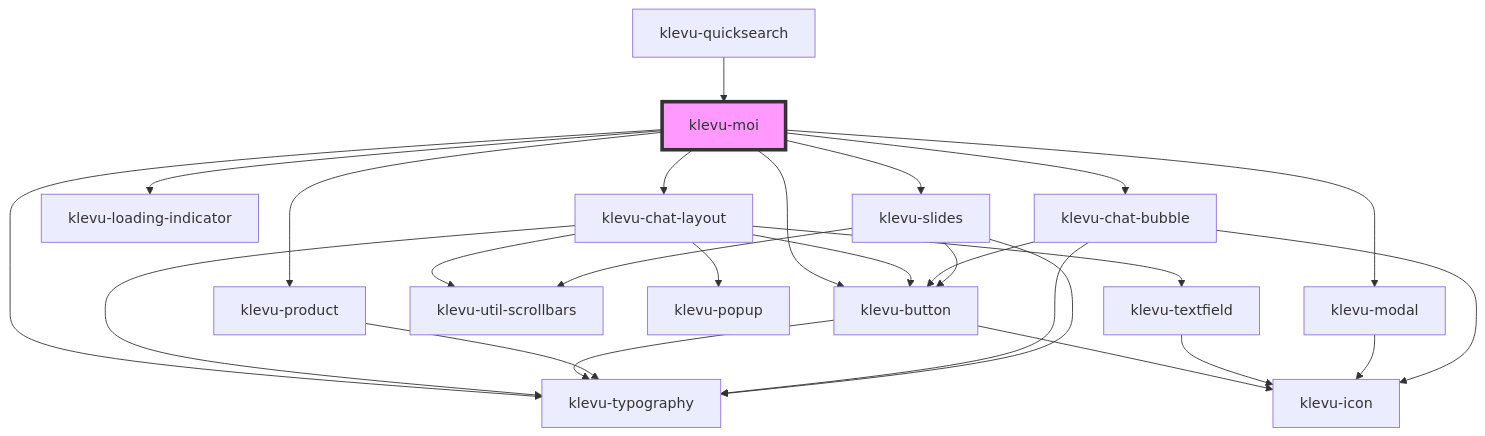
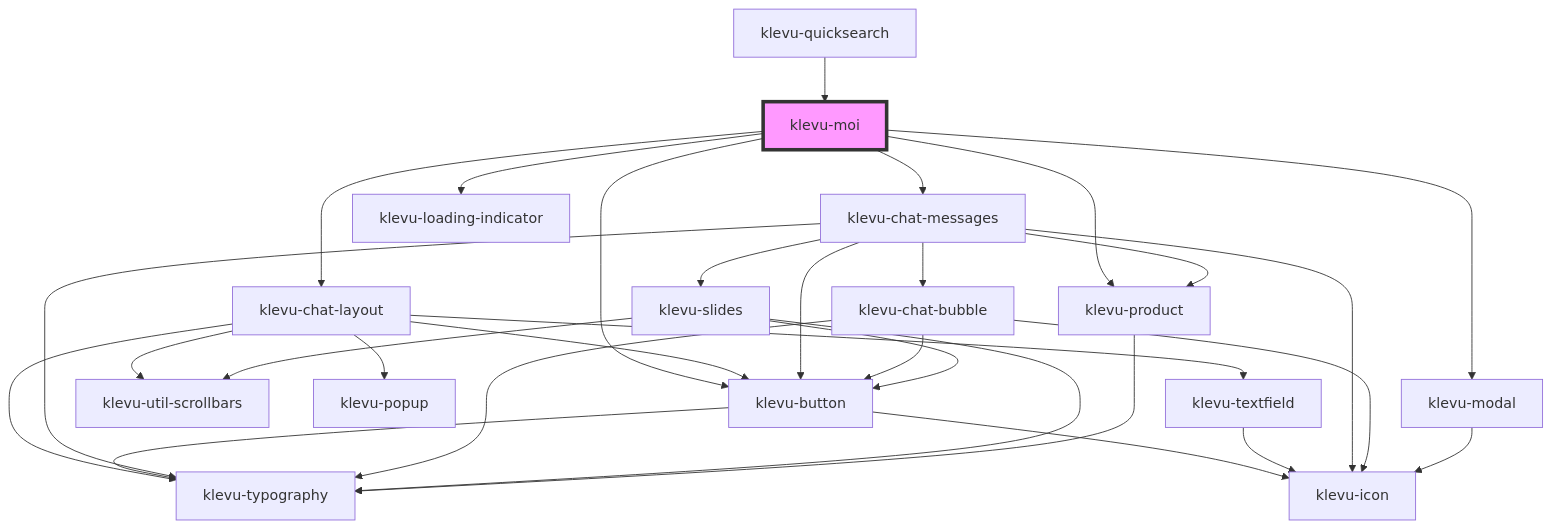
One commit to klevultd/frontend-sdk changed the diagram in packages/klevu-ui/src/components/klevu-moi/readme.md. Above: the diagram before and after it, drawn with Mermaid. The commit also changed other lines of this file and 26 other files, not shown here.

````diff
--- a/packages/klevu-ui/src/components/klevu-moi/readme.md
+++ b/packages/klevu-ui/src/components/klevu-moi/readme.md
@@ -45,29 +65,33 @@
 ```mermaid
 graph TD;
   klevu-moi --> klevu-chat-layout
+  klevu-moi --> klevu-chat-messages
   klevu-moi --> klevu-loading-indicator
   klevu-moi --> klevu-button
   klevu-moi --> klevu-modal
   klevu-moi --> klevu-product
-  klevu-moi --> klevu-chat-bubble
-  klevu-moi --> klevu-typography
-  klevu-moi --> klevu-slides
   klevu-chat-layout --> klevu-typography
   klevu-chat-layout --> klevu-button
   klevu-chat-layout --> klevu-util-scrollbars
   klevu-chat-layout --> klevu-popup
   klevu-chat-layout --> klevu-textfield
   klevu-button --> klevu-icon
   klevu-button --> klevu-typography
   klevu-textfield --> klevu-icon
-  klevu-modal --> klevu-icon
-  klevu-product --> klevu-typography
+  klevu-chat-messages --> klevu-chat-bubble
+  klevu-chat-messages --> klevu-icon
+  klevu-chat-messages --> klevu-typography
+  klevu-chat-messages --> klevu-button
+  klevu-chat-messages --> klevu-slides
+  klevu-chat-messages --> klevu-product
   klevu-chat-bubble --> klevu-typography
   klevu-chat-bubble --> klevu-icon
   klevu-chat-bubble --> klevu-button
   klevu-slides --> klevu-typography
   klevu-slides --> klevu-button
   klevu-slides --> klevu-util-scrollbars
+  klevu-product --> klevu-typography
+  klevu-modal --> klevu-icon
   klevu-quicksearch --> klevu-moi
   style klevu-moi fill:#f9f,stroke:#333,stroke-width:4px
 ```
````
